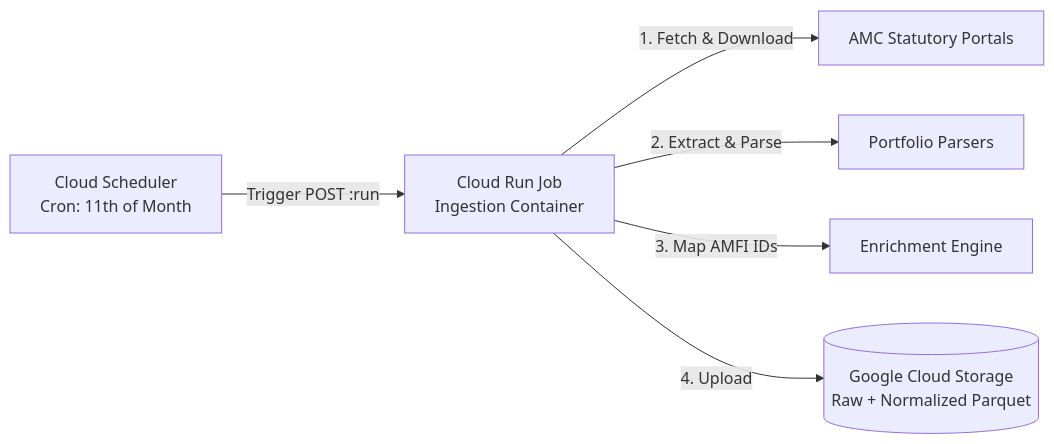
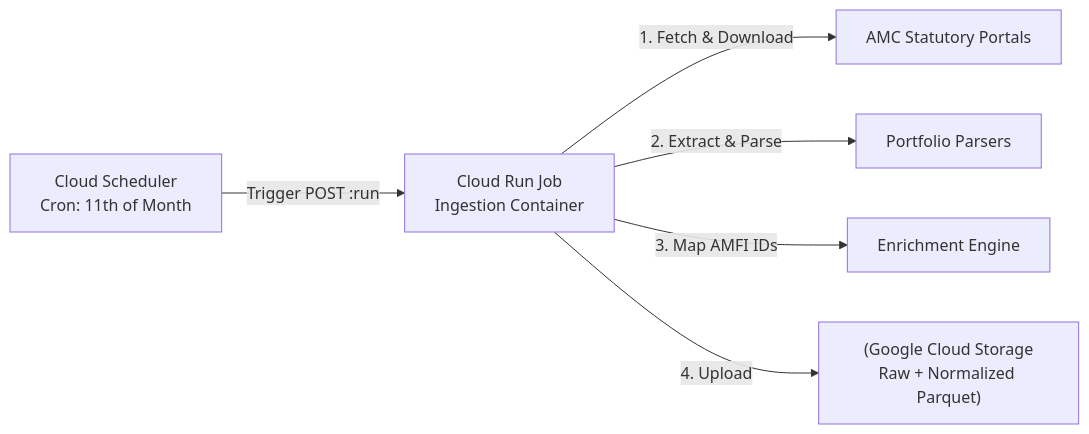
The diagram in docs/GCP_CLOUD_RUN_SCHEDULER.md (subscriptionmanager26-png/fund-disclosures), drawn with Mermaid before and after one commit. The commit also changed 5 other files, not shown here.

````diff
--- a/docs/GCP_CLOUD_RUN_SCHEDULER.md
+++ b/docs/GCP_CLOUD_RUN_SCHEDULER.md
@@ -9,8 +9,8 @@
 ```mermaid
 flowchart LR
-    A[Cloud Scheduler\nCron: 11th of Month] -->|Trigger POST :run| B[Cloud Run Job\nIngestion Container]
-    B -->|1. Fetch & Download| C[AMC Statutory Portals]
-    B -->|2. Extract & Parse| D[Portfolio Parsers]
-    B -->|3. Map AMFI IDs| E[Enrichment Engine]
-    B -->|4. Upload| F[(Google Cloud Storage\nRaw + Normalized Parquet)]
+    A["Cloud Scheduler\nCron: 11th of Month"] -->|Trigger POST :run| B["Cloud Run Job\nIngestion Container"]
+    B -->|1. Fetch & Download| C["AMC Statutory Portals"]
+    B -->|2. Extract & Parse| D["Portfolio Parsers"]
+    B -->|3. Map AMFI IDs| E["Enrichment Engine"]
+    B -->|4. Upload| F["(Google Cloud Storage\nRaw + Normalized Parquet)"]
 ```
````
